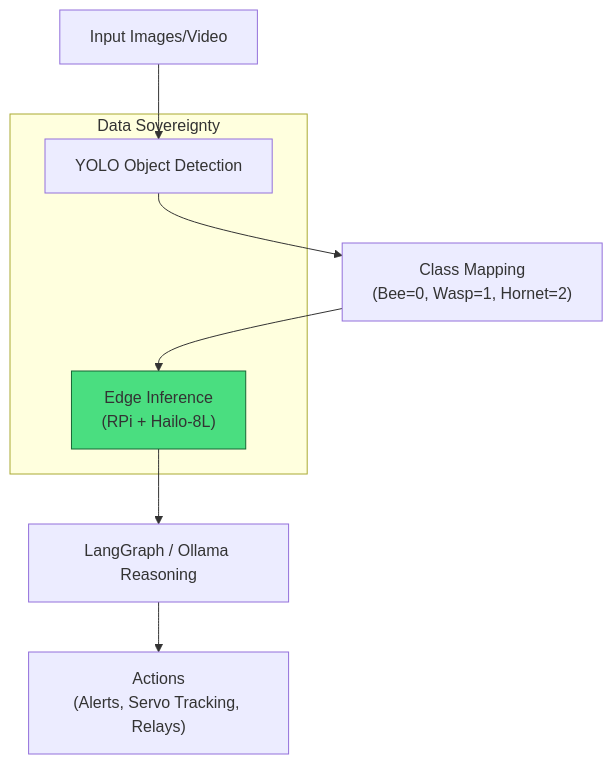
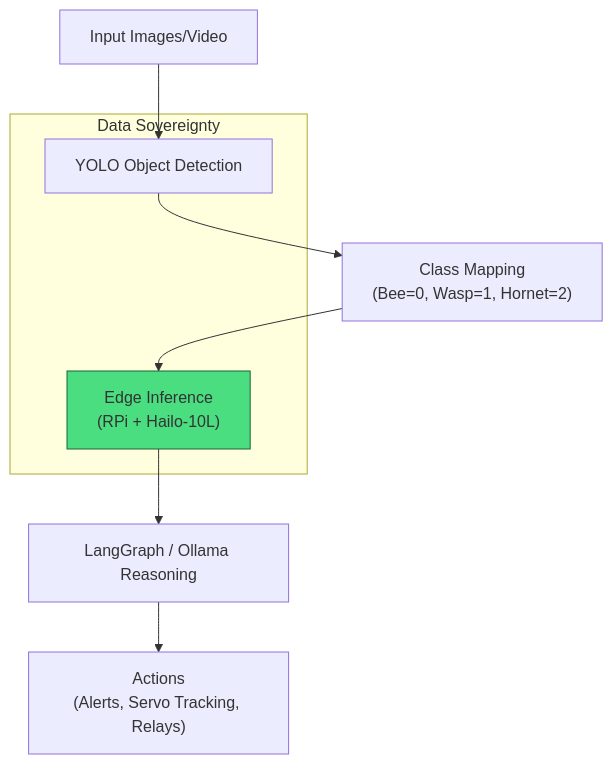
Before and after one commit to fivepanelhat/Sting-Operation-AI: the diagram in README.md, drawn with Mermaid. The commit also changed other lines of this file and 2 other files, not shown here.

Commit message:
Replace Hailo-8L with Hailo-10L NPU

````diff
--- a/README.md
+++ b/README.md
@@ -96,15 +96,15 @@
 ```mermaid
 flowchart TD
     A["Input Images/Video"] --> B["YOLO Object Detection"]
     B --> C["Class Mapping<br/>(Bee=0, Wasp=1, Hornet=2)"]
-    C --> D["Edge Inference<br/>(RPi + Hailo-8L)"]
+    C --> D["Edge Inference<br/>(RPi + Hailo-10L)"]
     D --> E["LangGraph / Ollama Reasoning"]
     E --> F["Actions<br/>(Alerts, Servo Tracking, Relays)"]
     
     subgraph "Data Sovereignty"
         B
         D
     end
     
     style D fill:#4ade80,stroke:#166534
 ```
````
